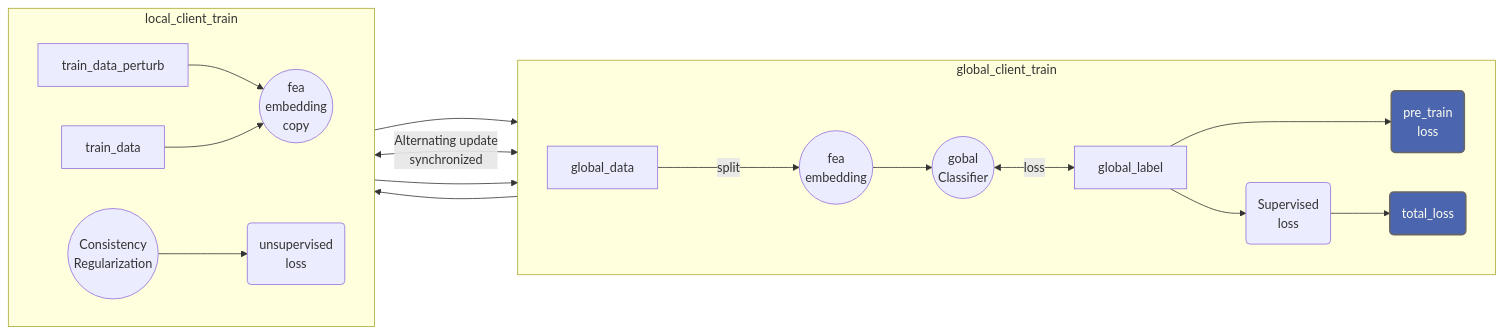
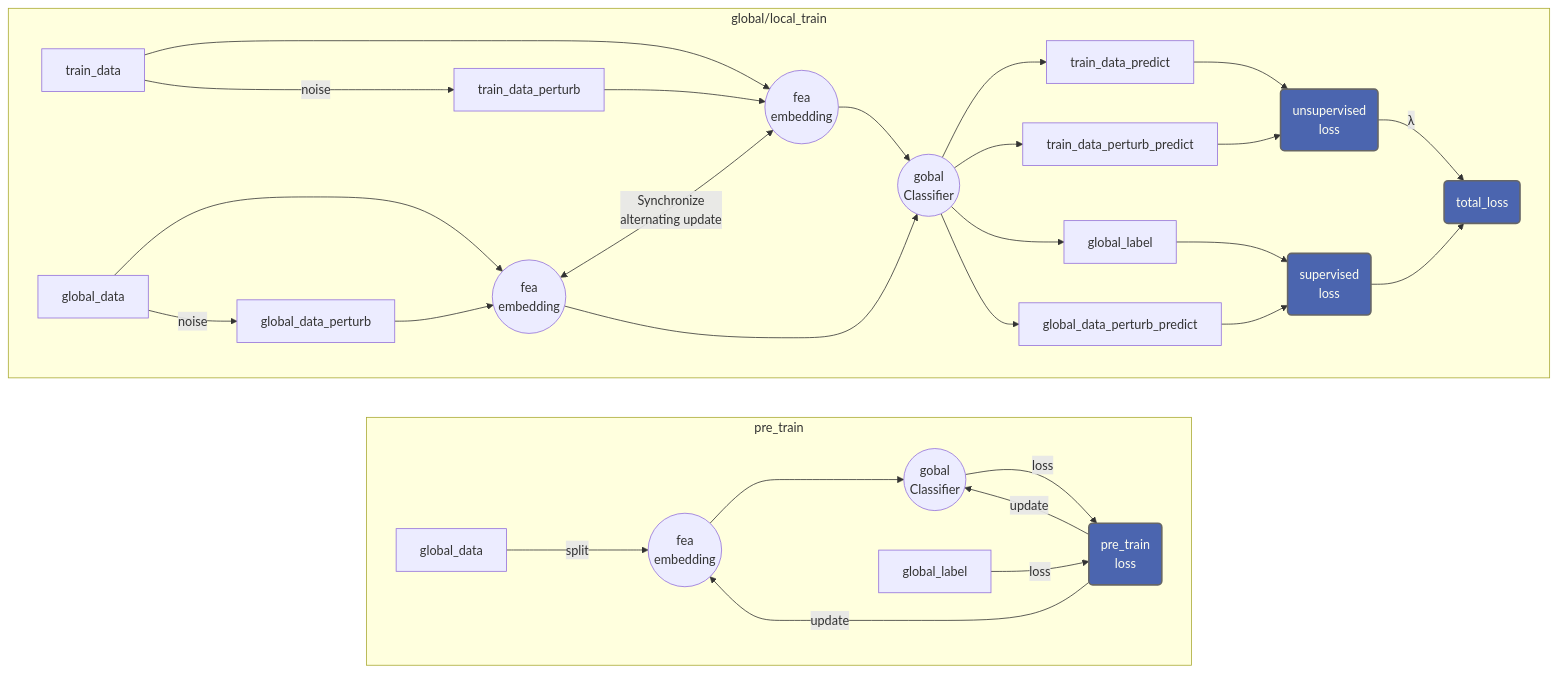
One commit to SeeleNueZ/financial_fraud changed the diagram in README.md. Above: the diagram before and after it, drawn with Mermaid. The commit also changed 2 other files, not shown here.

````diff
--- a/README.md
+++ b/README.md
@@ -14,41 +14,57 @@
 ```mermaid
     flowchart LR
-      A["global_data"]
+      A1["global_data"]
       B(("fea<br>embedding"))
+      B1(("fea<br>embedding"))
       C(("gobal<br>Classifier"))
-      D["global_label"]
-      E("Supervised<br>loss")
+      C1(("gobal<br>Classifier"))
+      D1["global_label"]
       F("pre_train<br>loss")
       T1["train_data"]
       T2["train_data_perturb"]
+      T11["train_data_predict"]
+      T21["train_data_perturb_predict"]
+      G1["global_data"]
+      G2["global_data_perturb"]
+      G11["global_label"]
+      G21["global_data_perturb_predict"]
+      GB3(("fea<br>embedding"))
       T3("unsupervised<br>loss")
+      T31("supervised<br>loss")
       T4("total_loss")
-      ML2(("Consistency<br>Regularization"))
-      ML3(("fea<br>embedding<br>copy"))
       classDef end1 fill:#4B65AF,stroke:#666,stroke-width:2px,color:#fffff1
-      class T4,F end1;
+      class T4,F,T3,T31 end1;
       classDef back fill:#111111
       class ide1 back;
-      subgraph ide1[global_client_train]
+      subgraph ide0[pre_train]
       direction LR
-        A--->|split|B
-        C<-->|loss|D
-%%        D-->|update|C
-%%        D-->|update|B
-        B-->C
-        D--->F
-        D-->E
-        E-->T4
-        
+      A1--->|split|B1
+      B1--->C1
+      C1-->|loss|F
+      D1-->|loss|F
+      F-->|update|C1
+      F---->|update|B1
       end
-      subgraph ide2[local_client_train]
+      subgraph ide1[global/local_train]
       direction LR
-      T2-->ML3
-      T1-->ML3
-      C-->ML2
-      ML3-->C
-      ML3<-->|Alternating update<br>synchronized|B
-      ML2-->T3
-      T3-->T4
+      T1--->|noise|T2 
+      T1-->B
+      T2-->B
+      B-->C
+      C-->T11-->T3
+      C-->T21-->T3
+      T3-->|λ|T4
       end
+      subgraph ide1[global/local_train]
+      direction LR
+      G1-->|noise|G2
+      G1-->GB3
+      G2-->GB3
+      GB3-->C
+      GB3<-->|Synchronize<br>alternating update|B
+      C-->G11-->T31
+      C-->G21-->T31
+      T31-->T4
+      end
+      
 ```
````
